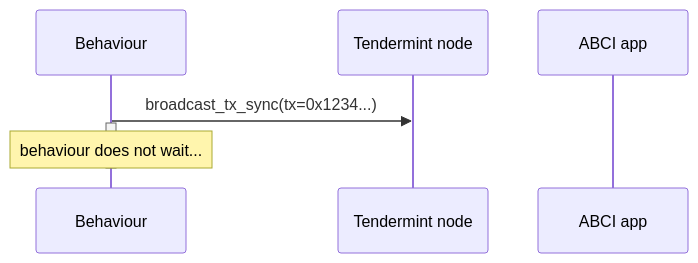
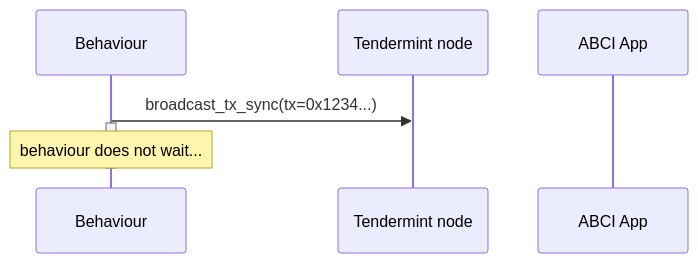
One commit to valory-xyz/open-autonomy changed the second of 4 diagrams in docs/abci.md. Above: the diagram before and after it, drawn with Mermaid. The commit also changed other lines of this file and 10 other files, not shown here.

```diff
--- a/docs/abci.md
+++ b/docs/abci.md
@@ -166,12 +164,12 @@
 <div class="mermaid">
     sequenceDiagram
 
         participant Behaviour
         participant Tendermint node
-        participant ABCI app
+        participant ABCI App
 
         Behaviour->>Tendermint node: broadcast_tx_sync(tx=0x1234...)
         activate Behaviour
         note over Behaviour: behaviour does not wait...
         deactivate Behaviour
 </div>
```
